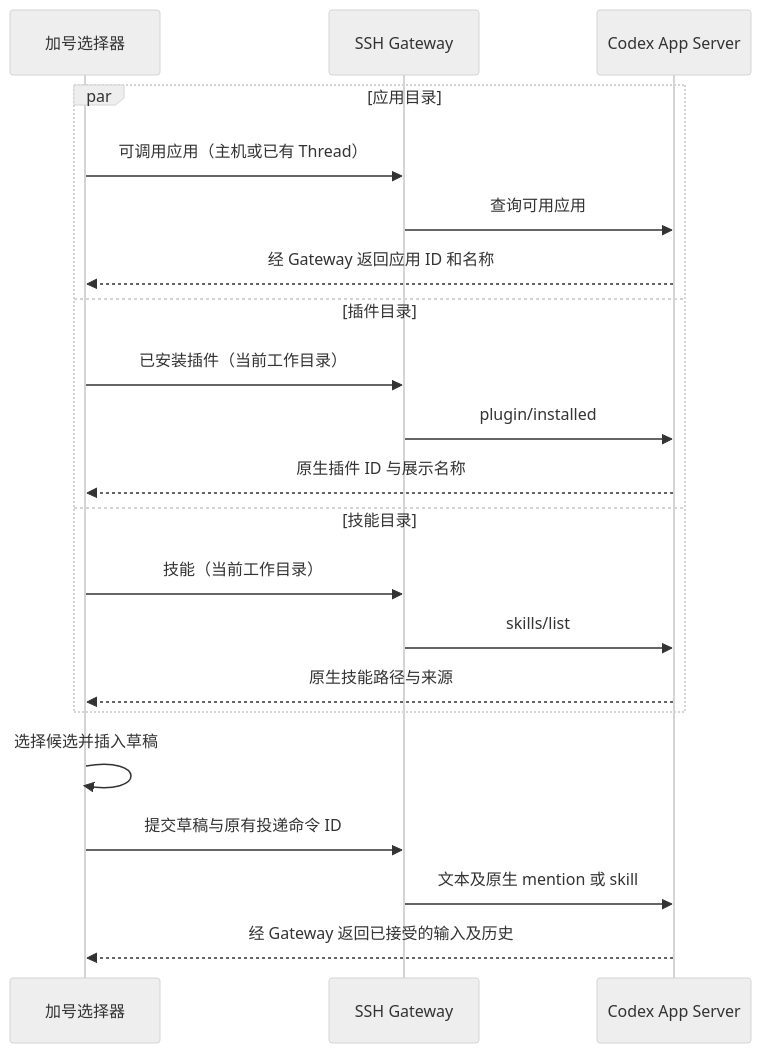
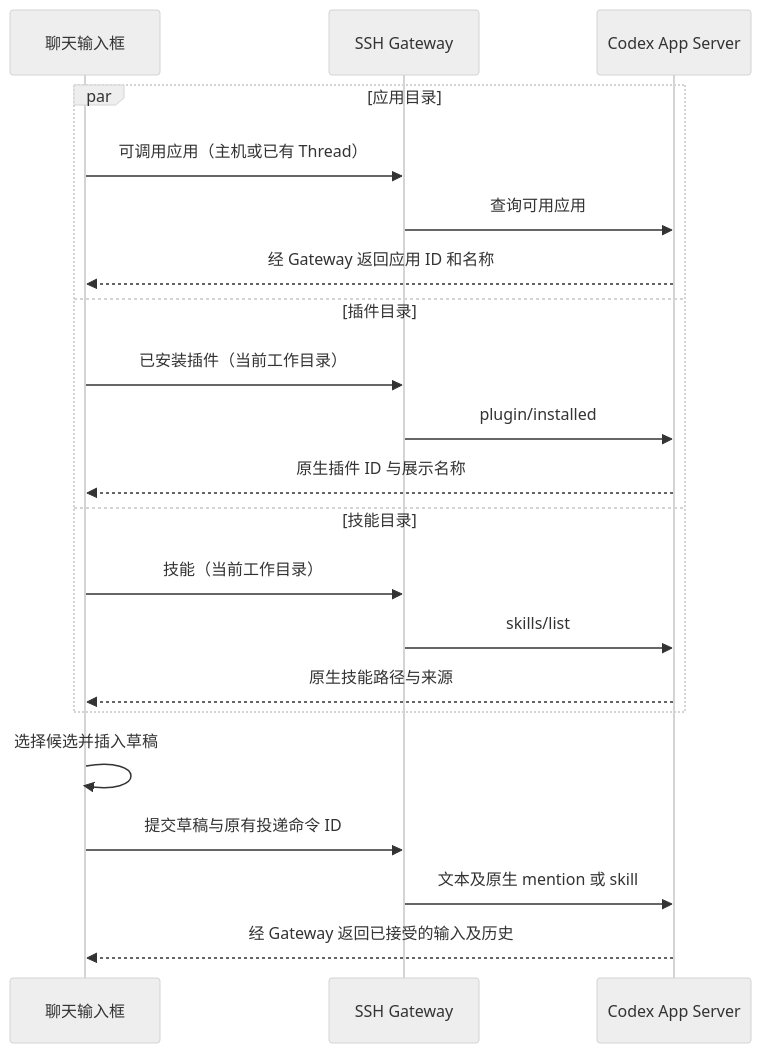
Before and after one commit to LiangLiang723/codex-web: the fourth of 16 diagrams in specs/selfhost-codex/README.md, drawn with Mermaid (neutral theme). The commit also changed other lines of this file and 41 other files, not shown here.

First line of the commit message:
💄 完善自托管账号头像、SSH 图标与消息输入框

````diff
--- a/specs/selfhost-codex/README.md
+++ b/specs/selfhost-codex/README.md
@@ -116,23 +118,23 @@
 ```mermaid
 sequenceDiagram
-    participant W as 加号选择器
+    participant W as 聊天输入框
     participant G as SSH Gateway
     participant C as Codex App Server
     par 应用目录
         W->>G: 可调用应用（主机或已有 Thread）
         G->>C: 查询可用应用
         C-->>W: 经 Gateway 返回应用 ID 和名称
     and 插件目录
         W->>G: 已安装插件（当前工作目录）
         G->>C: plugin/installed
         C-->>W: 原生插件 ID 与展示名称
     and 技能目录
         W->>G: 技能（当前工作目录）
         G->>C: skills/list
         C-->>W: 原生技能路径与来源
     end
     W->>W: 选择候选并插入草稿
     W->>G: 提交草稿与原有投递命令 ID
     G->>C: 文本及原生 mention 或 skill
     C-->>W: 经 Gateway 返回已接受的输入及历史
 ```
````
